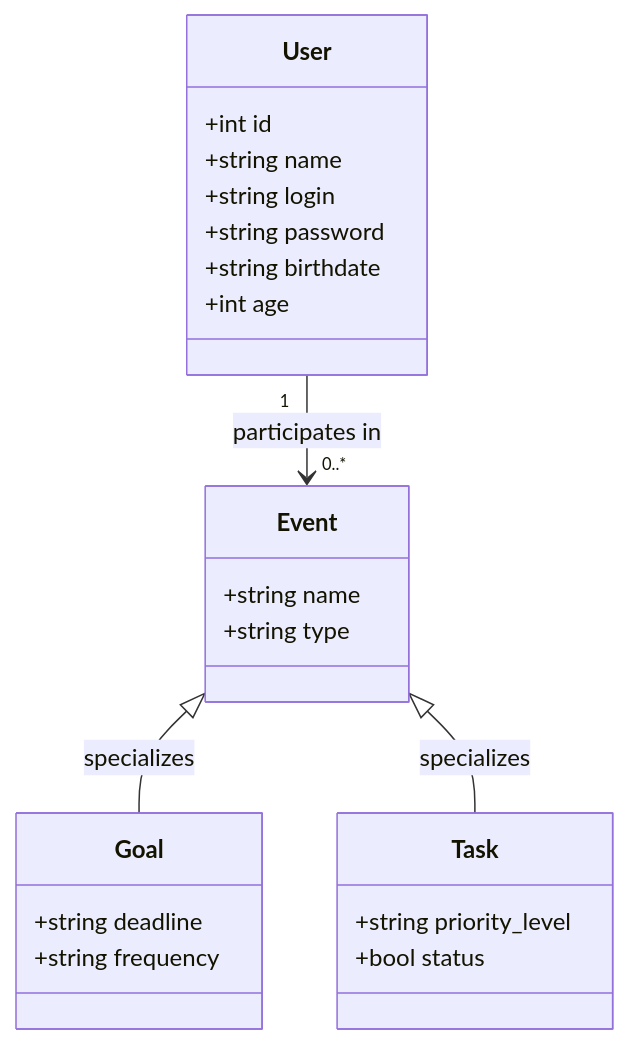
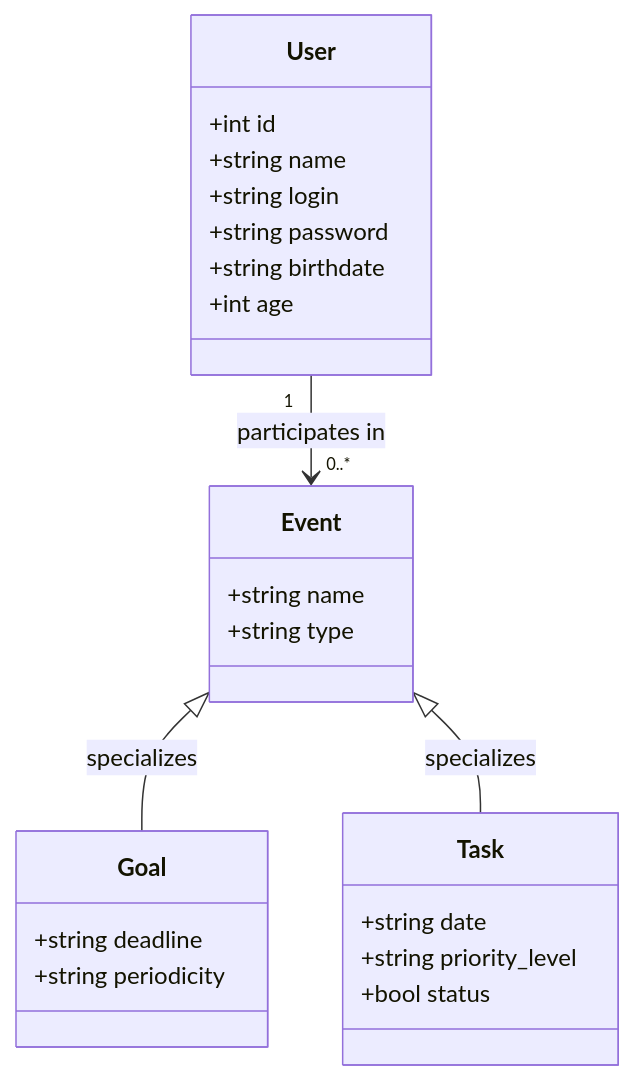
Before and after one commit to erika-hortencia/testeAPI: the diagram in README.md, drawn with Mermaid.

Commit message:
Update README.md
Added attributes to Task class, names of attributes to Goal class updated

````diff
--- a/README.md
+++ b/README.md
@@ -5,30 +5,31 @@
 ```mermaid
 classDiagram
     class User {
         +int id
         +string name
         +string login
         +string password
         +string birthdate
         +int age
     }
     
     class Event {
         +string name
         +string type
     }
 
     class Goal {
         +string deadline
-        +string frequency
+        +string periodicity
     }
 
     class Task {
+        +string date
         +string priority_level
         +bool status
     }
 
     User "1" --> "0..*" Event : participates in
     Event <|-- Goal : specializes
     Event <|-- Task : specializes
 ```
````
